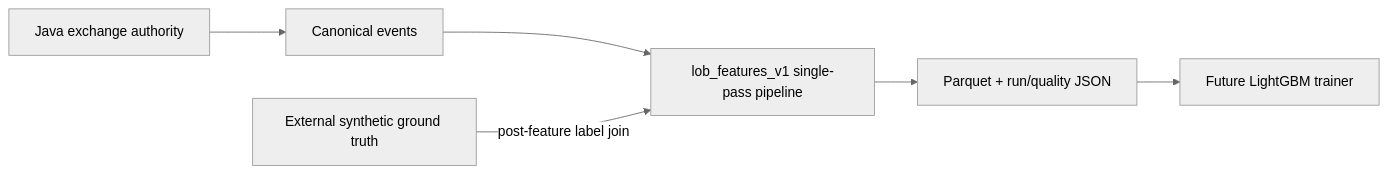
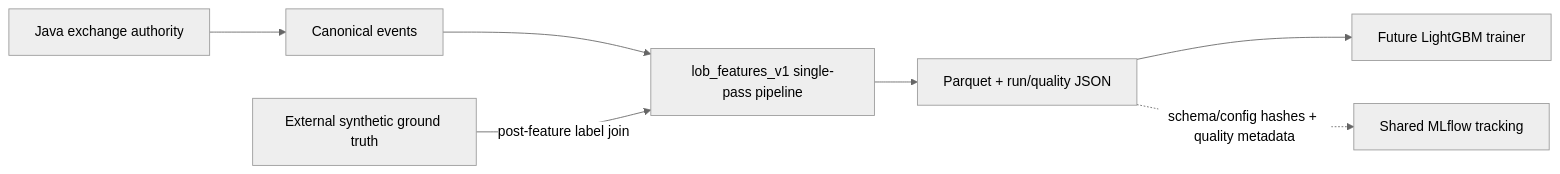
The diagram in docs/architecture/ARD-0024-versioned-causal-feature-engineering.md (khab40/lob-arena), drawn with Mermaid (neutral theme) before and after one commit. The commit also changed other lines of this file and 28 other files, not shown here.

Commit message:
Add shared MLflow tracking and architecture docs

````diff
--- a/docs/architecture/ARD-0024-versioned-causal-feature-engineering.md
+++ b/docs/architecture/ARD-0024-versioned-causal-feature-engineering.md
@@ -43,15 +43,17 @@
 ```mermaid
 graph LR
     Java["Java exchange authority"]
     Canonical["Canonical events"]
     Pipeline["lob_features_v1 single-pass pipeline"]
     Truth["External synthetic ground truth"]
     Dataset["Parquet + run/quality JSON"]
     Future["Future LightGBM trainer"]
+    MLflow["Shared MLflow tracking"]
 
     Java --> Canonical
     Canonical --> Pipeline
     Truth -->|"post-feature label join"| Pipeline
     Pipeline --> Dataset
     Dataset --> Future
+    Dataset -. "schema/config hashes + quality metadata" .-> MLflow
 ```
````
